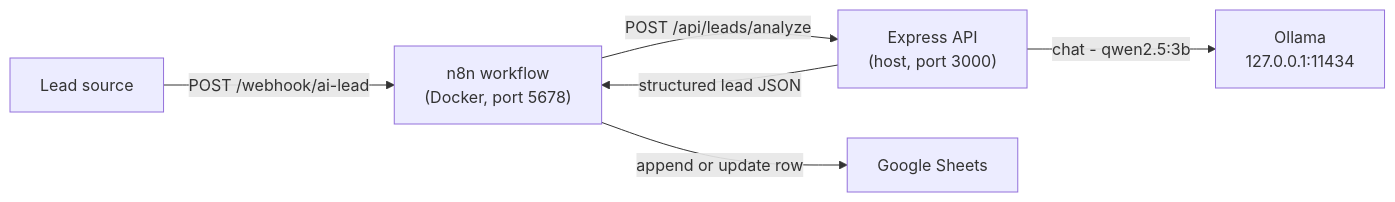
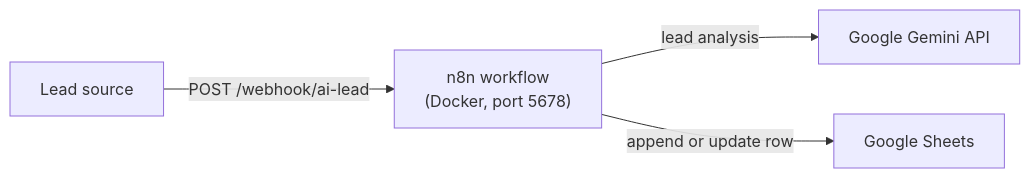
One commit to mahmudulkarim420/Ai-Lead-Tracker-Automation changed the diagram in README.md. Above: the diagram before and after it, drawn with Mermaid. The commit also changed other lines of this file and 15 other files, not shown here.

````diff
--- a/README.md
+++ b/README.md
@@ -19,8 +21,6 @@
 ```mermaid
 flowchart LR
   C["Lead source"] -->|"POST /webhook/ai-lead"| N["n8n workflow<br/>(Docker, port 5678)"]
-  N -->|"POST /api/leads/analyze"| A["Express API<br/>(host, port 3000)"]
-  A -->|"chat - qwen2.5:3b"| O["Ollama<br/>127.0.0.1:11434"]
-  A -->|"structured lead JSON"| N
-  N -->|"append or update row"| G["Google Sheets"]
+  N -->|"lead analysis"| G["Google Gemini API"]
+  N -->|"append or update row"| S["Google Sheets"]
 ```
````
